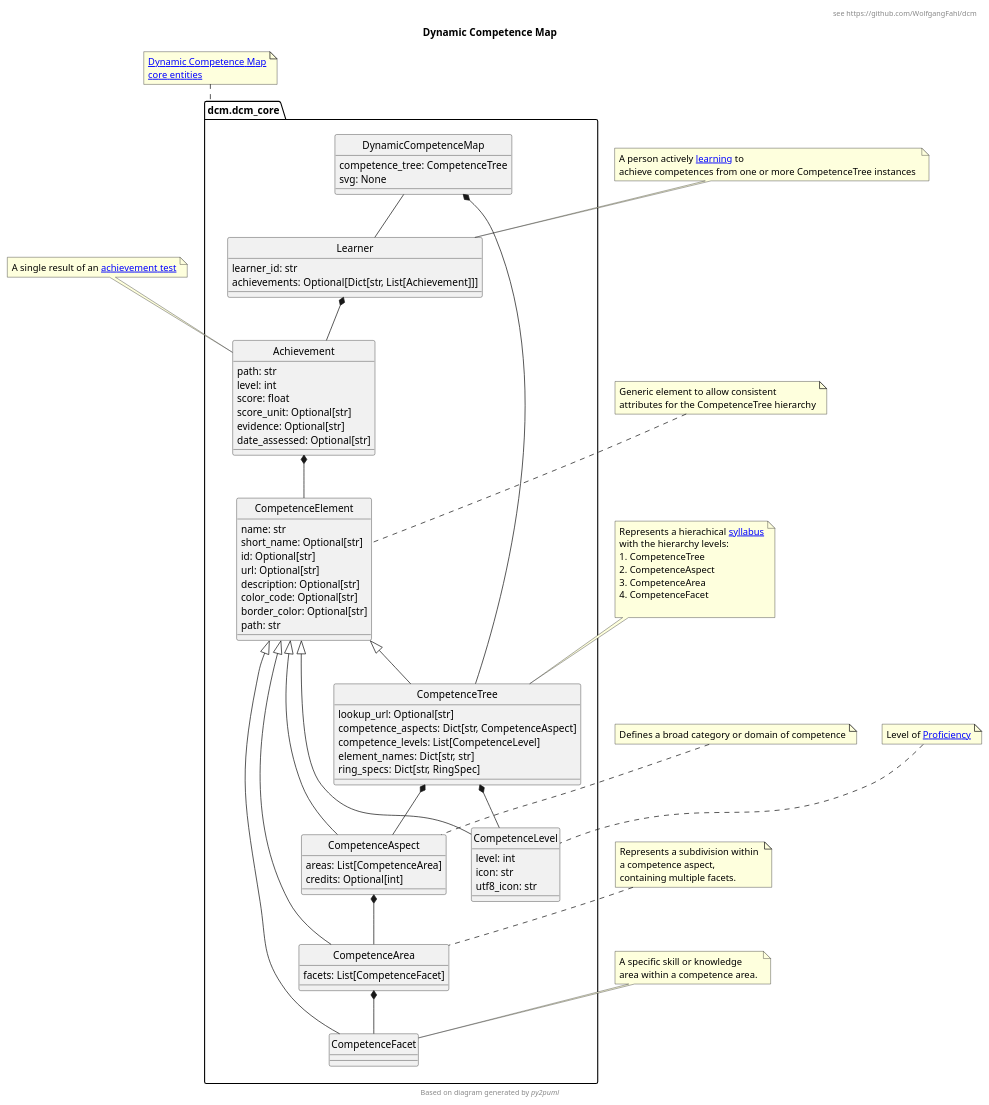
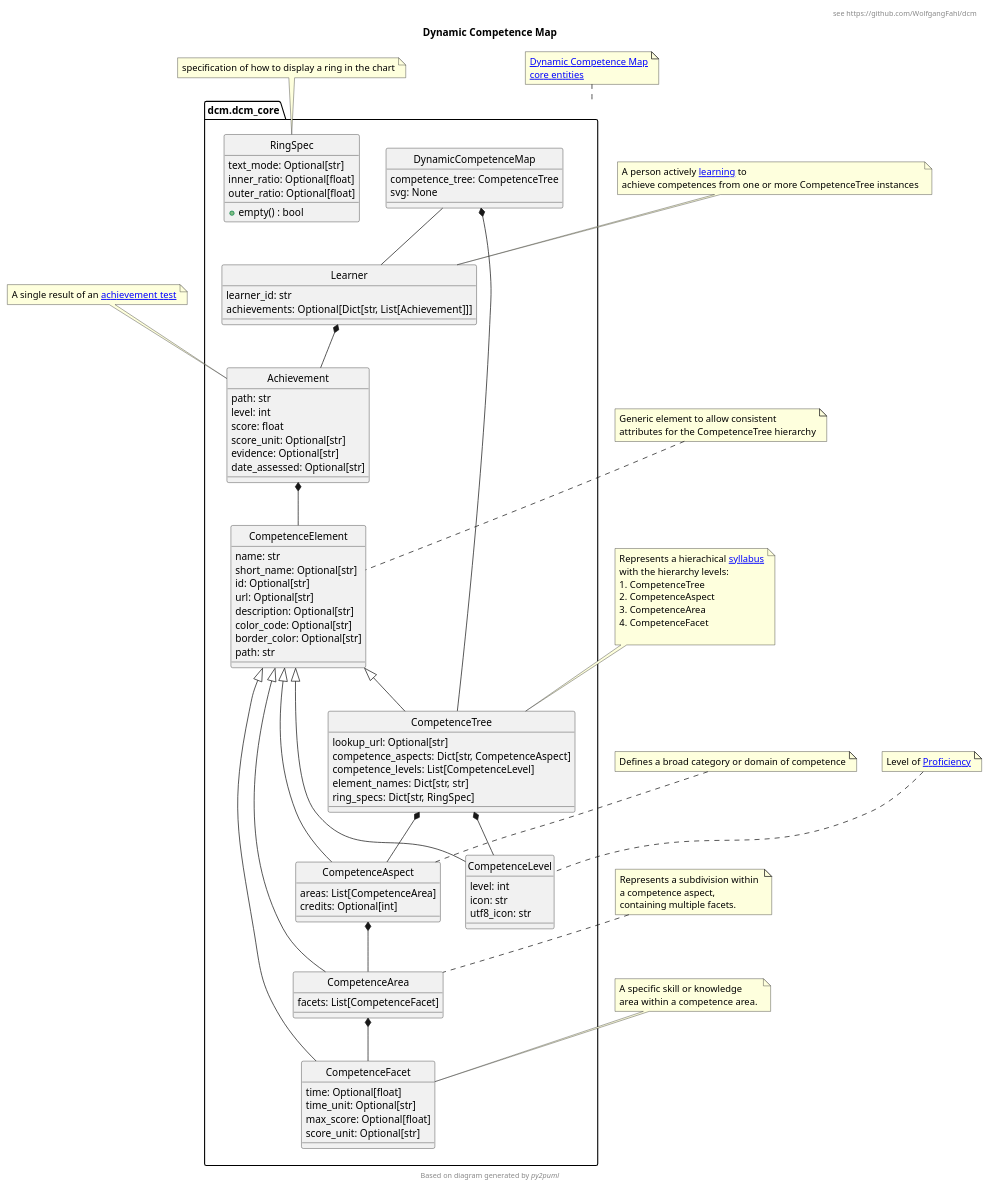
One commit to WolfgangFahl/dcm changed the diagram in dcm.puml. Above: the diagram before and after it, drawn with PlantUML. The commit also changed 3 other files, not shown here.

```diff
--- a/dcm.puml
+++ b/dcm.puml
@@ -1,117 +1,130 @@
 @startuml
 hide circle
 title Dynamic Competence Map
 header see https://github.com/WolfgangFahl/dcm
 !pragma useIntermediatePackages false
 
 class dcm.dcm_core.DynamicCompetenceMap {
   competence_tree: CompetenceTree
   svg: None
 }
 class dcm.dcm_core.Achievement {
   path: str
   level: int
   score: float
   score_unit: Optional[str]
   evidence: Optional[str]
   date_assessed: Optional[str]
 }
 note top of Achievement
 A single result of an [[https://en.wikipedia.org/wiki/Achievement_test achievement test]]
 end note
 
 class dcm.dcm_core.CompetenceAspect {
   areas: List[CompetenceArea]
   credits: Optional[int]
 }
 class dcm.dcm_core.CompetenceArea {
   facets: List[CompetenceFacet]
 }
 class dcm.dcm_core.CompetenceElement {
   name: str
   short_name: Optional[str]
   id: Optional[str]
   url: Optional[str]
   description: Optional[str]
   color_code: Optional[str]
   border_color: Optional[str]
   path: str 
 }
+class dcm.dcm_core.RingSpec {
+  text_mode: Optional[str]
+  inner_ratio: Optional[float]
+  outer_ratio: Optional[float]
+  +empty() : bool
+}
+note top of RingSpec
+specification of how to display a ring in the chart
+end note
 
 class dcm.dcm_core.CompetenceFacet {
+  time: Optional[float]
+  time_unit: Optional[str]
+  max_score: Optional[float]
+  score_unit: Optional[str]
 }
 class dcm.dcm_core.CompetenceLevel {
   level: int
   icon: str
   utf8_icon: str
 }
 
 class dcm.dcm_core.CompetenceTree {
   lookup_url: Optional[str]
   competence_aspects: Dict[str, CompetenceAspect]
   competence_levels: List[CompetenceLevel]
   element_names: Dict[str, str]
   ring_specs: Dict[str, RingSpec] 
 }
 note top of CompetenceElement
 Generic element to allow consistent
 attributes for the CompetenceTree hierarchy
 end note
 
 note top of CompetenceAspect
 Defines a broad category or domain of competence
 end note
 
 note top of CompetenceArea
 Represents a subdivision within 
 a competence aspect, 
 containing multiple facets. 
 end note
 
 note top of CompetenceFacet
 A specific skill or knowledge 
 area within a competence area. 
 end note
 
 note top of CompetenceLevel
 Level of [[https://en.wikipedia.org/wiki/Expert Proficiency]]
 end note
 
 note top of CompetenceTree
 Represents a hierachical [[https://en.wikipedia.org/wiki/Syllabus syllabus]]
 with the hierarchy levels:
 # CompetenceTree
 # CompetenceAspect
 # CompetenceArea
 # CompetenceFacet
 
 end note
 
 class dcm.dcm_core.Learner {
   learner_id: str
   achievements: Optional[Dict[str, List[Achievement]]]
 }
 note top of Learner
 A person actively [[https://en.wikipedia.org/wiki/Learning learning]] to 
 achieve competences from one or more CompetenceTree instances 
 end note
 
 note top of dcm.dcm_core
 [[https://github.com/WolfgangFahl/dcm/blob/main/dcm/dcm_core.py Dynamic Competence Map\ncore entities]]
 end note
 
 dcm.dcm_core.DynamicCompetenceMap *-- dcm.dcm_core.CompetenceTree
 dcm.dcm_core.DynamicCompetenceMap -- dcm.dcm_core.Learner
 dcm.dcm_core.CompetenceAspect *-- dcm.dcm_core.CompetenceArea
 dcm.dcm_core.CompetenceArea *-- dcm.dcm_core.CompetenceFacet
 dcm.dcm_core.CompetenceElement <|-- dcm.dcm_core.CompetenceAspect
 dcm.dcm_core.CompetenceElement <|-- dcm.dcm_core.CompetenceArea
 dcm.dcm_core.CompetenceElement <|-- dcm.dcm_core.CompetenceFacet
 dcm.dcm_core.CompetenceElement <|-- dcm.dcm_core.CompetenceLevel
 dcm.dcm_core.CompetenceTree *-- dcm.dcm_core.CompetenceAspect
 dcm.dcm_core.CompetenceTree *-- dcm.dcm_core.CompetenceLevel
 dcm.dcm_core.CompetenceElement <|-- dcm.dcm_core.CompetenceTree
 dcm.dcm_core.Learner *-- dcm.dcm_core.Achievement
 dcm.dcm_core.Achievement *-- dcm.dcm_core.CompetenceElement
 footer Based on diagram generated by //py2puml//
 @enduml
```
